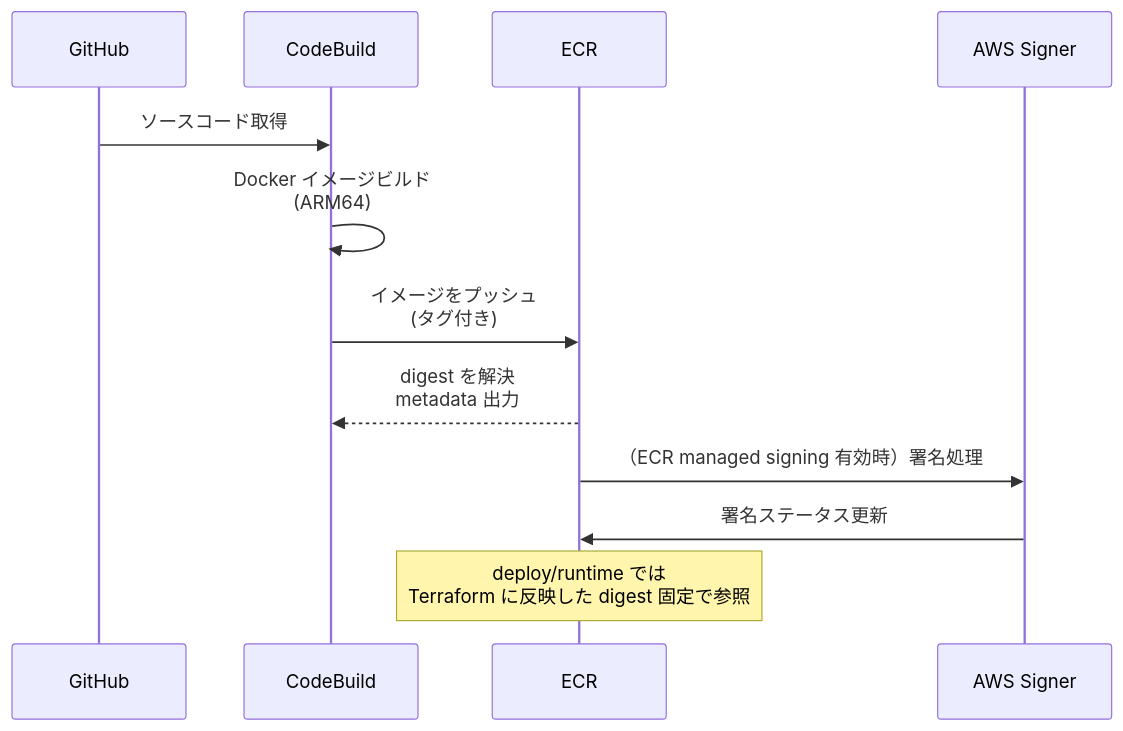
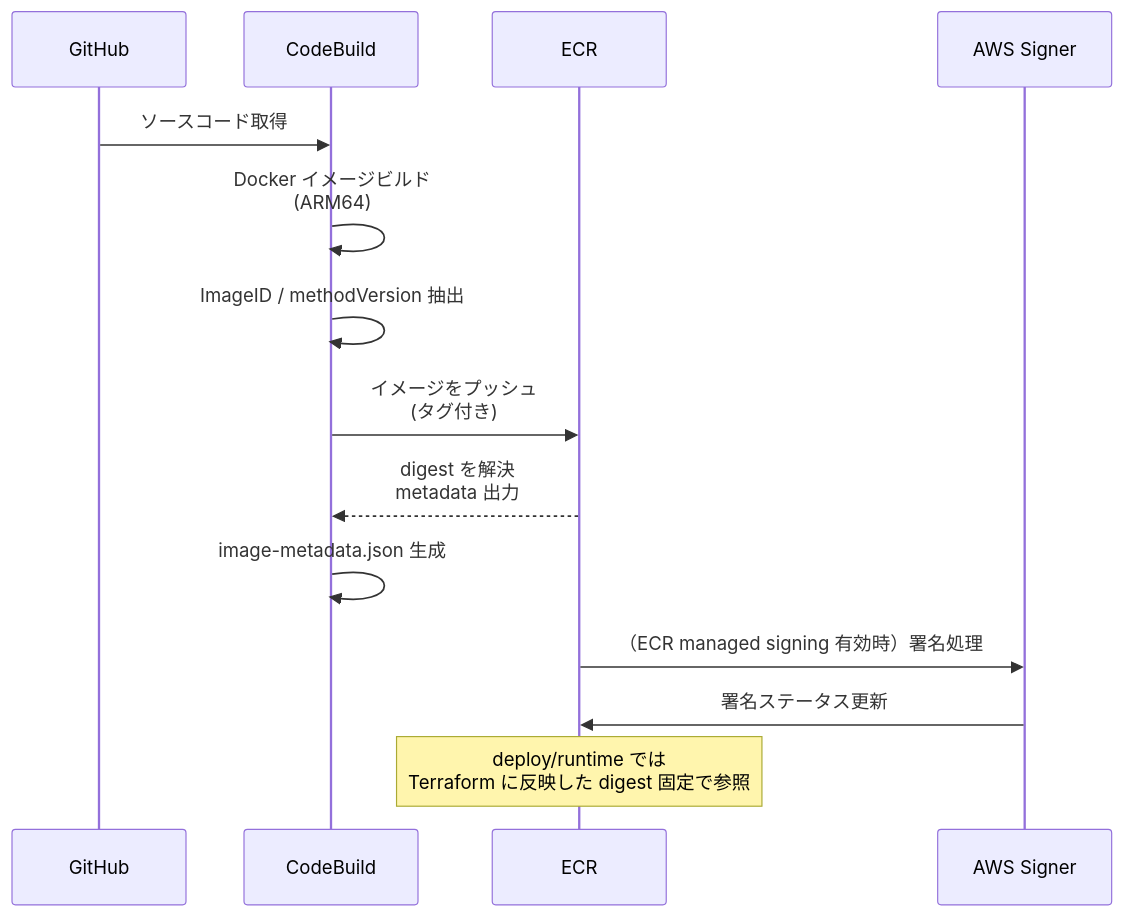
One commit to hwatanabe-jp/stark-ballot-simulator-public changed the first of 3 diagrams in public-book/src/aws/image-signing.md. Above: the diagram before and after it, drawn with Mermaid. The commit also changed other lines of this file and 200 other files, not shown here.

````diff
--- a/public-book/src/aws/image-signing.md
+++ b/public-book/src/aws/image-signing.md
@@ -37,15 +25,17 @@
 ```mermaid
 sequenceDiagram
   participant GH as GitHub
   participant CB as CodeBuild
   participant ECR as ECR
   participant SGN as AWS Signer
 
   GH->>CB: ソースコード取得
   CB->>CB: Docker イメージビルド<br/>(ARM64)
+  CB->>CB: ImageID / methodVersion 抽出
   CB->>ECR: イメージをプッシュ<br/>(タグ付き)
   ECR-->>CB: digest を解決<br/>metadata 出力
+  CB->>CB: image-metadata.json 生成
   ECR->>SGN: （ECR managed signing 有効時）署名処理
   SGN->>ECR: 署名ステータス更新
   Note over ECR: deploy/runtime では<br/>Terraform に反映した digest 固定で参照
 ```
````
